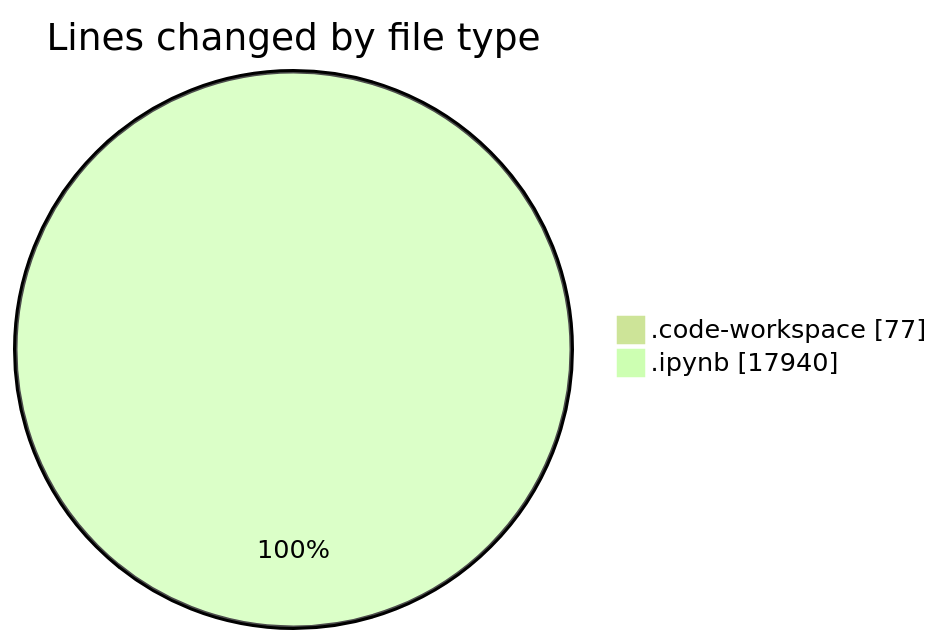
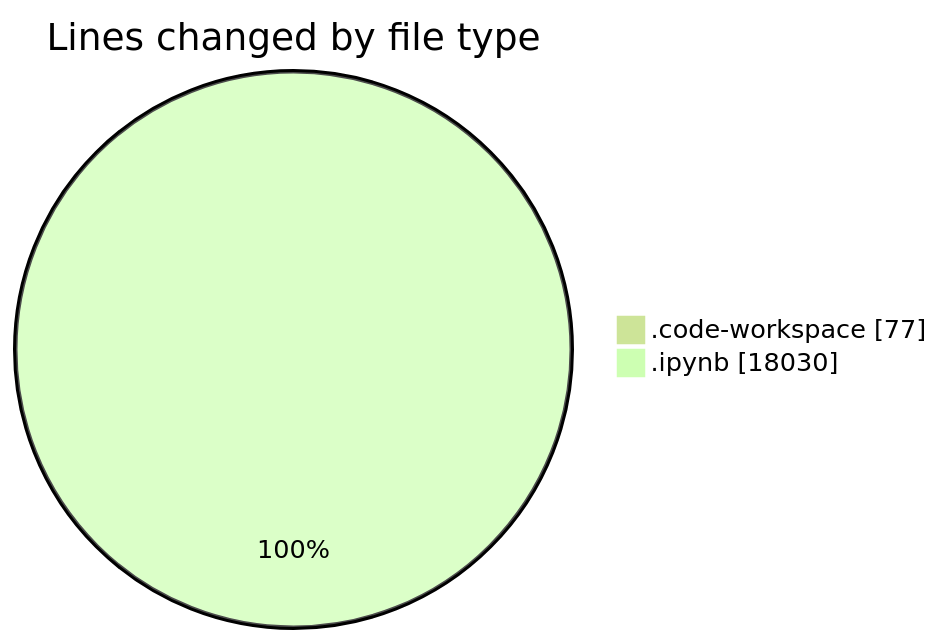
The first of 2 diagrams in 2025-03-14/myws__workspace_/README.md (MatusMokan/code-tracking), drawn with Mermaid (forest theme) before and after one commit. The commit also changed other lines of this file and 1 other file, not shown here.

````diff
--- a/2025-03-14/myws__workspace_/README.md
+++ b/2025-03-14/myws__workspace_/README.md
@@ -21,6 +21,6 @@
 ```mermaid
 pie showData
 title Lines changed by file type
 ".code-workspace" : 77
-".ipynb" : 17940
+".ipynb" : 18030
 ```
````
